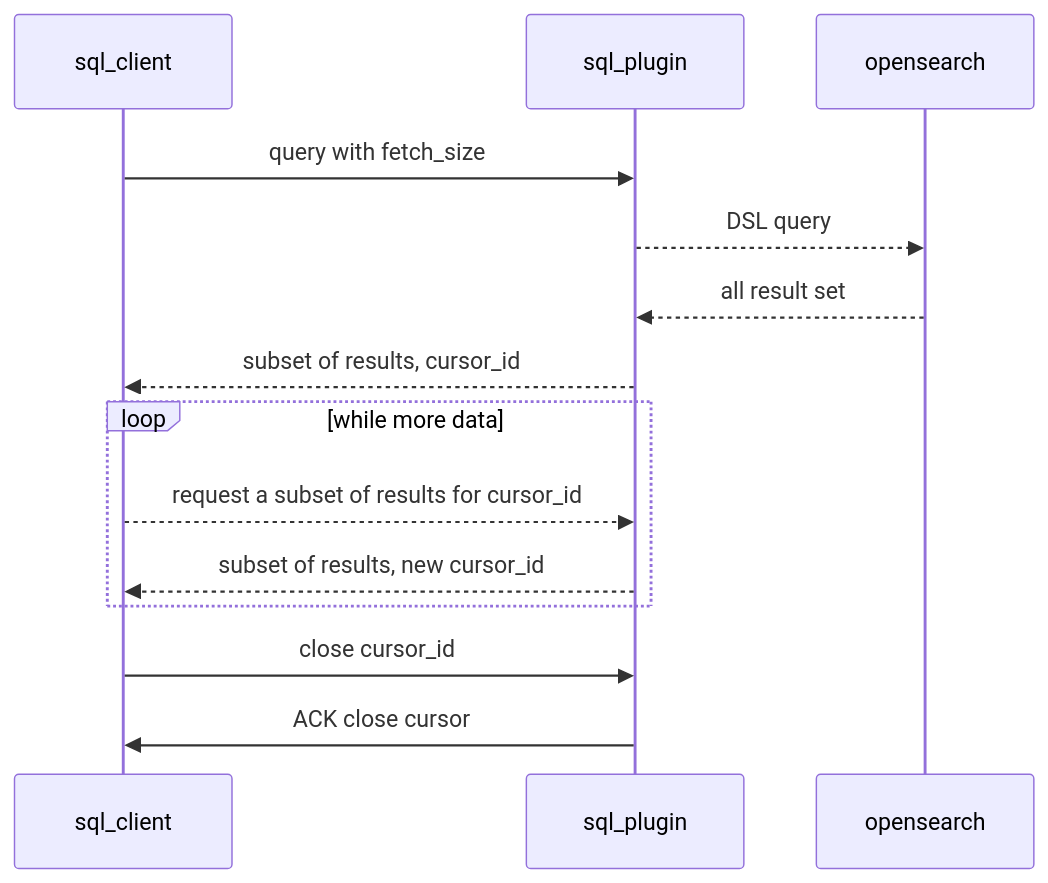
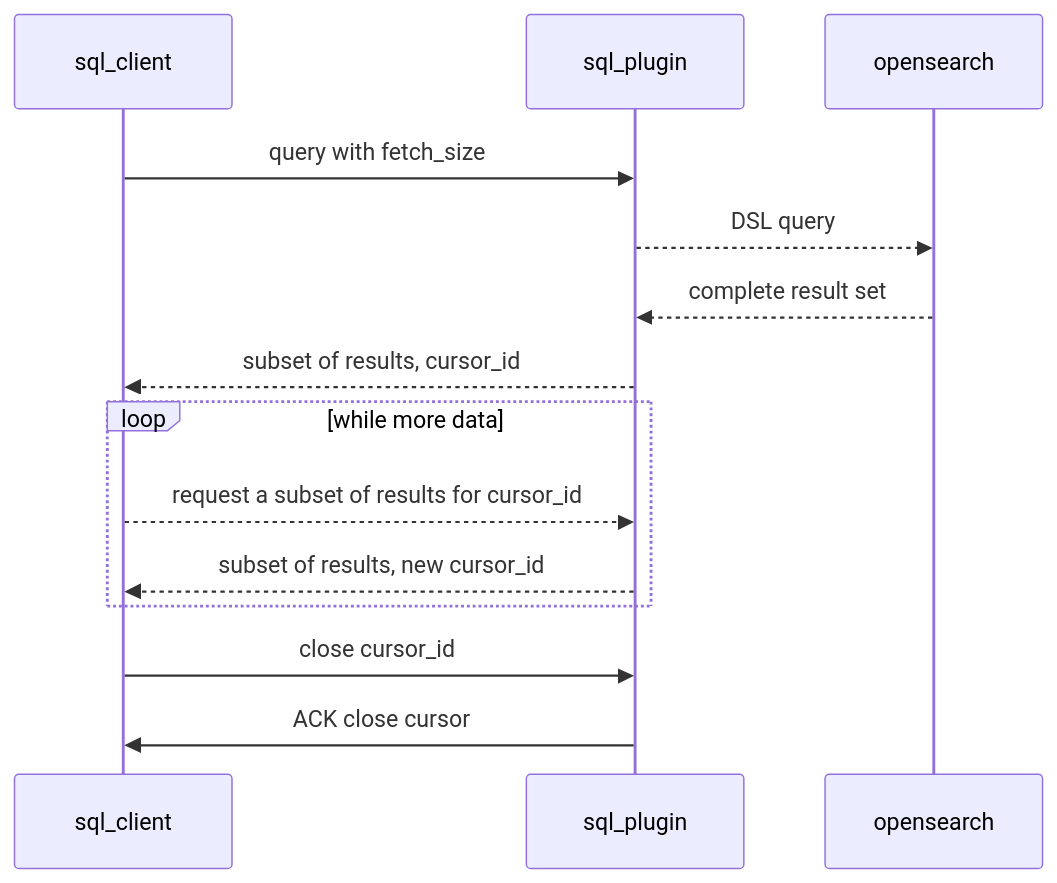
The second of 3 diagrams in docs/dev/pagination-v2.md (Bit-Quill/opensearch-project-sql), drawn with Mermaid before and after one commit. The commit also changed other lines of this file, not shown here.

````diff
--- a/docs/dev/pagination-v2.md
+++ b/docs/dev/pagination-v2.md
@@ -128,17 +128,17 @@
 ```mermaid
 sequenceDiagram
   participant sql_client
   participant sql_plugin
   participant opensearch
   
   sql_client ->> sql_plugin: query with fetch_size
   sql_plugin -->> opensearch: DSL query
-  opensearch -->> sql_plugin: all result set
+  opensearch -->> sql_plugin: complete result set
   sql_plugin -->> sql_client: subset of results, cursor_id
   loop while more data
     sql_client -->> sql_plugin: request a subset of results for cursor_id
     sql_plugin -->> sql_client:  subset of results, new cursor_id
   end
   sql_client ->> sql_plugin: close cursor_id
   sql_plugin ->> sql_client: ACK close cursor
 ```
````
